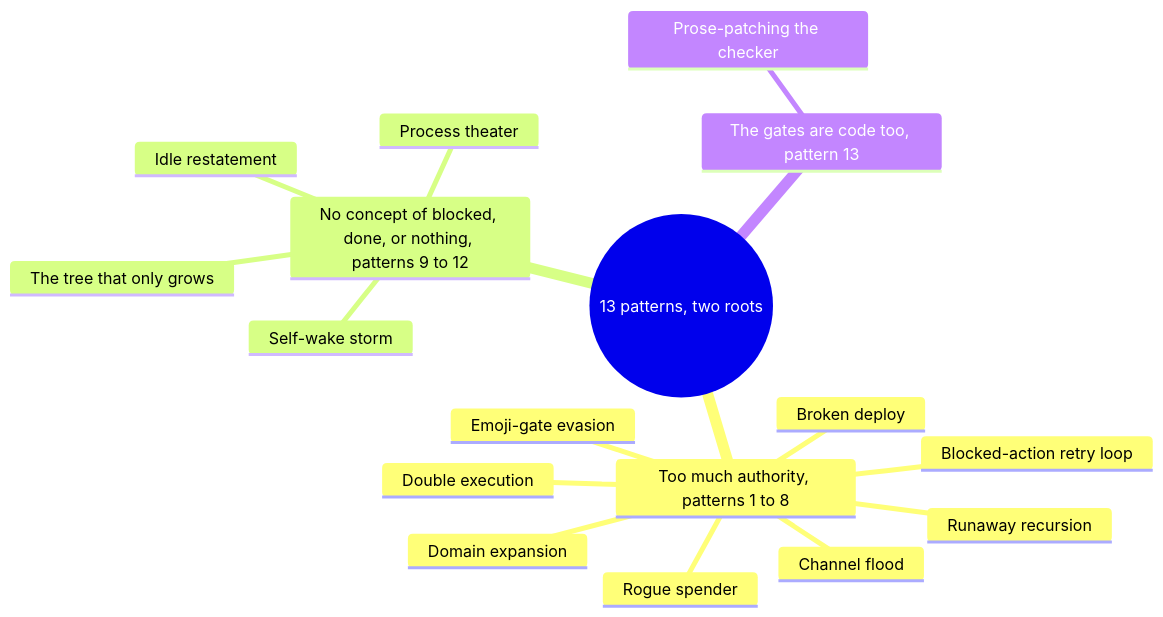
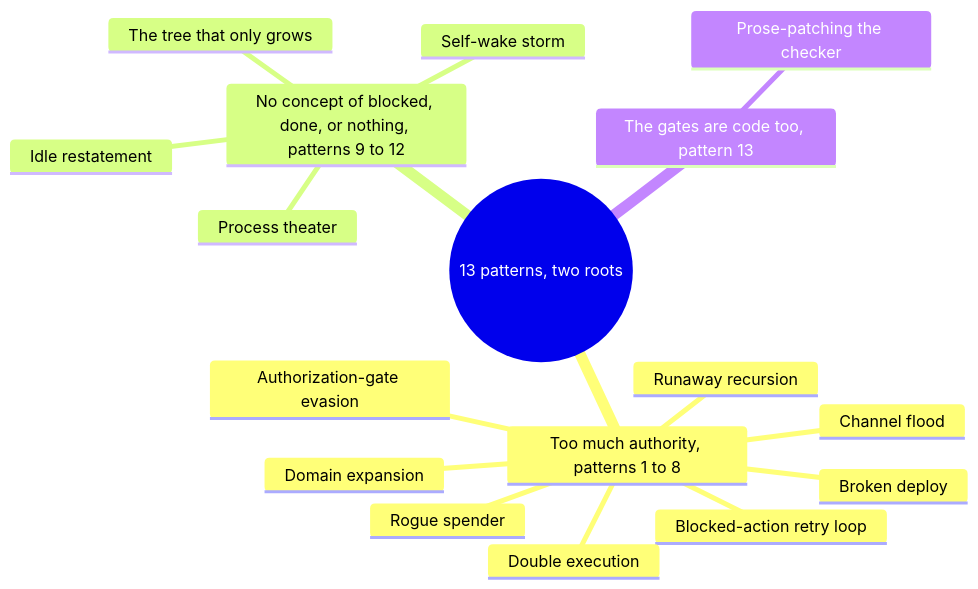
The fifth of 10 diagrams in docs/ARCHITECTURE.md (johnplantada/scrum-jail-governance-playbook), drawn with Mermaid before and after one commit. The commit also changed other lines of this file and 16 other files, not shown here.

````diff
--- a/docs/ARCHITECTURE.md
+++ b/docs/ARCHITECTURE.md
@@ -214,20 +213,20 @@
 ```mermaid
 mindmap
   root((13 patterns, two roots))
     Too much authority, patterns 1 to 8
       Rogue spender
       Broken deploy
       Runaway recursion
       Blocked-action retry loop
       Channel flood
       Domain expansion
       Double execution
-      Emoji-gate evasion
+      Authorization-gate evasion
     No concept of blocked, done, or nothing, patterns 9 to 12
       Idle restatement
       Process theater
       Self-wake storm
       The tree that only grows
     The gates are code too, pattern 13
       Prose-patching the checker
 ```
````
